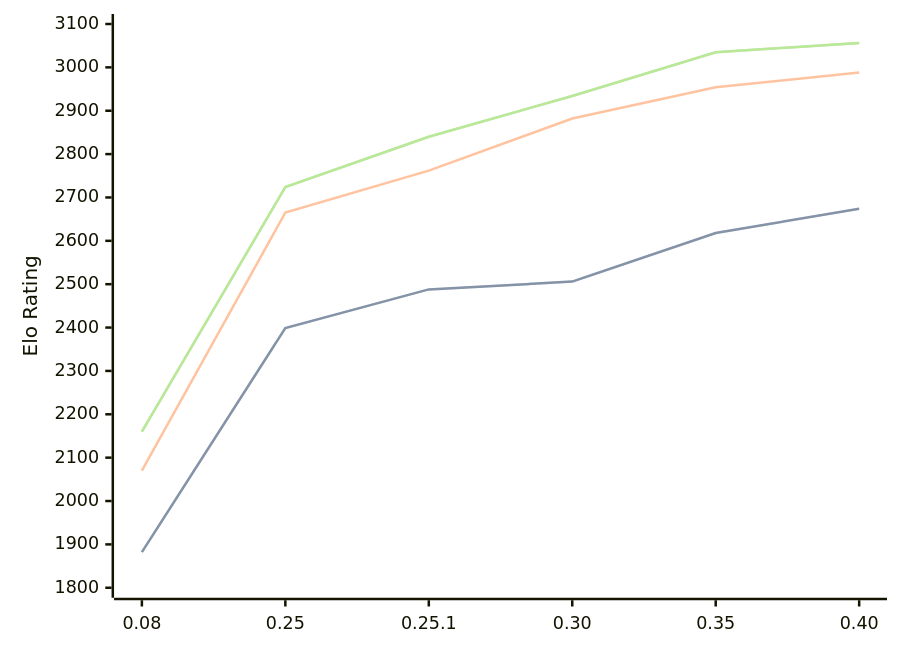
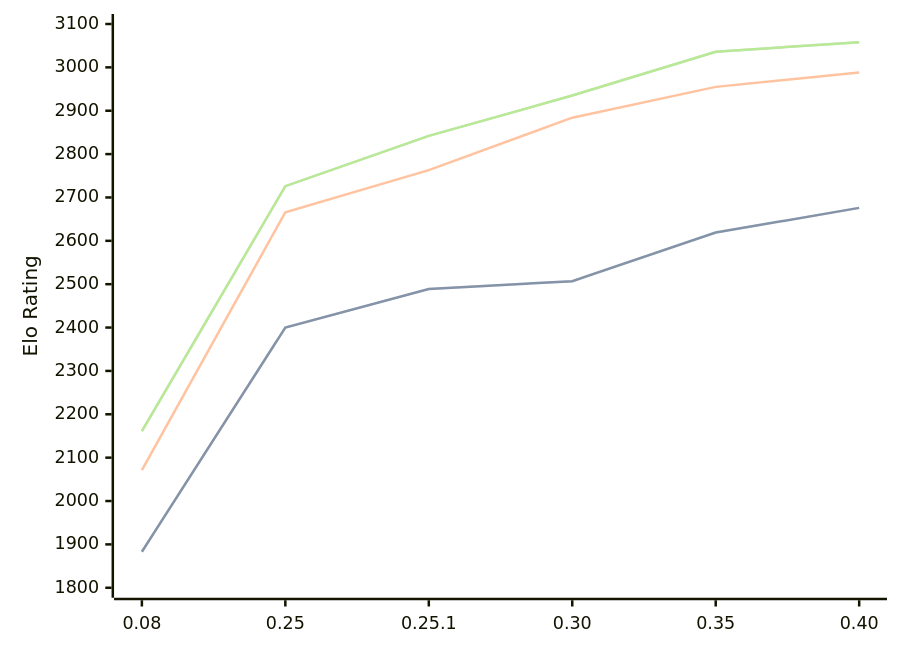
The diagram in engines/Gecko.md (computer-chess-index/cci), drawn with Mermaid before and after one commit. The commit also changed other lines of this file, not shown here.

Commit message:
Update CCI Ratings (ELO VLTC) - 2026-10-09

````diff
--- a/engines/Gecko.md
+++ b/engines/Gecko.md
@@ -36,11 +36,11 @@
 ```mermaid
 %%{init: {"theme":"base","themeVariables":{"seriesColors:['#a3a3a3','#222221','#faa371']}}}%%
 xychart-beta
   x-axis ["0.08", "0.25", "0.25.1", "0.30", "0.35", "0.40"]
   y-axis "Elo Rating" 1800 --> 3100
-  line "" [1882, 2399, 2488, 2506, 2618, 2674]
-  line "STC (8.0+0.08s)" [1882, 2399, 2488, 2506, 2618, 2674]
-  line "LTC (60.0+0.60s)" [2070, 2665, 2762, 2882, 2954, 2988]
-  line "" [2160, 2724, 2840, 2934, 3035, 3056]
-  line "VLTC (2m24s+1.12s)" [2160, 2724, 2840, 2934, 3035, 3056]
+  line "" [1883, 2400, 2489, 2507, 2619, 2676]
+  line "STC (8.0+0.08s)" [1883, 2400, 2489, 2507, 2619, 2676]
+  line "LTC (60.0+0.60s)" [2071, 2666, 2763, 2884, 2955, 2988]
+  line "" [2161, 2726, 2842, 2935, 3036, 3058]
+  line "VLTC (2m24s+1.12s)" [2161, 2726, 2842, 2935, 3036, 3058]
 ```
````
